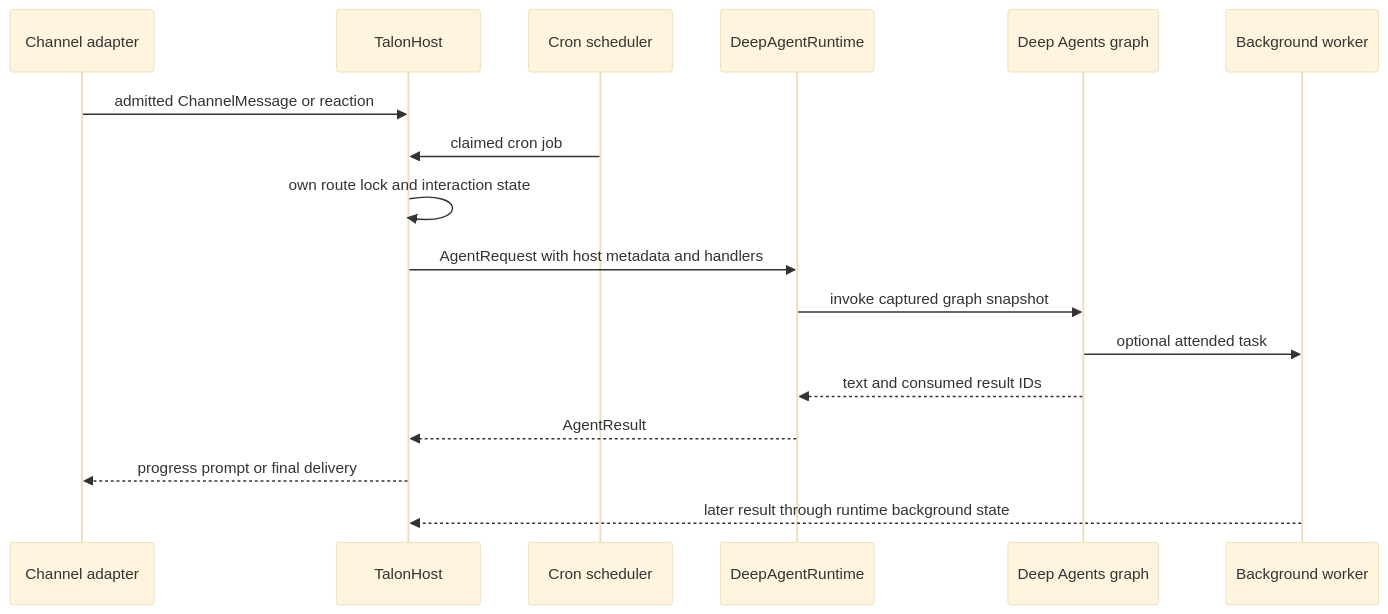
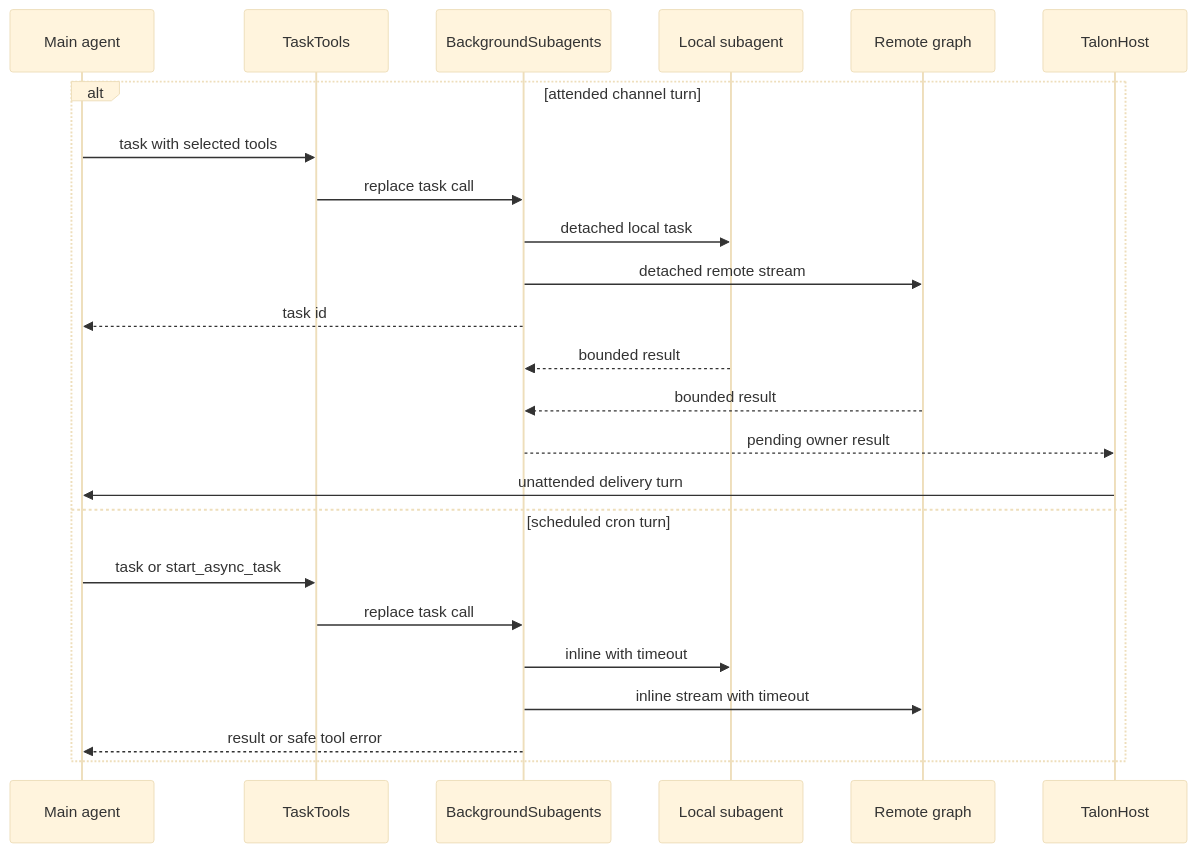
Before and after one commit to langchain-ai/deepagents: the second of 2 diagrams in openwiki/integrations/talon.md, drawn with Mermaid (base theme). The commit also changed other lines of this file and 46 other files, not shown here.

````diff
--- a/openwiki/integrations/talon.md
+++ b/openwiki/integrations/talon.md
@@ -63,20 +93,27 @@
 ```mermaid
 sequenceDiagram
-    participant Channel as Channel adapter
+    participant Main as Main agent
+    participant Tasks as TaskTools
+    participant Bg as BackgroundSubagents
+    participant Local as Local subagent
+    participant Remote as Remote graph
     participant Host as TalonHost
-    participant Scheduler as Cron scheduler
-    participant Runtime as DeepAgentRuntime
-    participant Graph as Deep Agents graph
-    participant Worker as Background worker
 
-    Channel->>Host: admitted ChannelMessage or reaction
-    Scheduler->>Host: claimed cron job
-    Host->>Host: own route lock and interaction state
-    Host->>Runtime: AgentRequest with host metadata and handlers
-    Runtime->>Graph: invoke captured graph snapshot
-    Graph->>Worker: optional attended task
-    Graph-->>Runtime: text and consumed result IDs
-    Runtime-->>Host: AgentResult
-    Host-->>Channel: progress prompt or final delivery
-    Worker-->>Host: later result through runtime background state
+    alt attended channel turn
+        Main->>Tasks: task with selected tools
+        Tasks->>Bg: replace task call
+        Bg->>Local: detached local task
+        Bg->>Remote: detached remote stream
+        Bg-->>Main: task id
+        Local-->>Bg: bounded result
+        Remote-->>Bg: bounded result
+        Bg-->>Host: pending owner result
+        Host->>Main: unattended delivery turn
+    else scheduled cron turn
+        Main->>Tasks: task or start_async_task
+        Tasks->>Bg: replace task call
+        Bg->>Local: inline with timeout
+        Bg->>Remote: inline stream with timeout
+        Bg-->>Main: result or safe tool error
+    end
 ```
````
